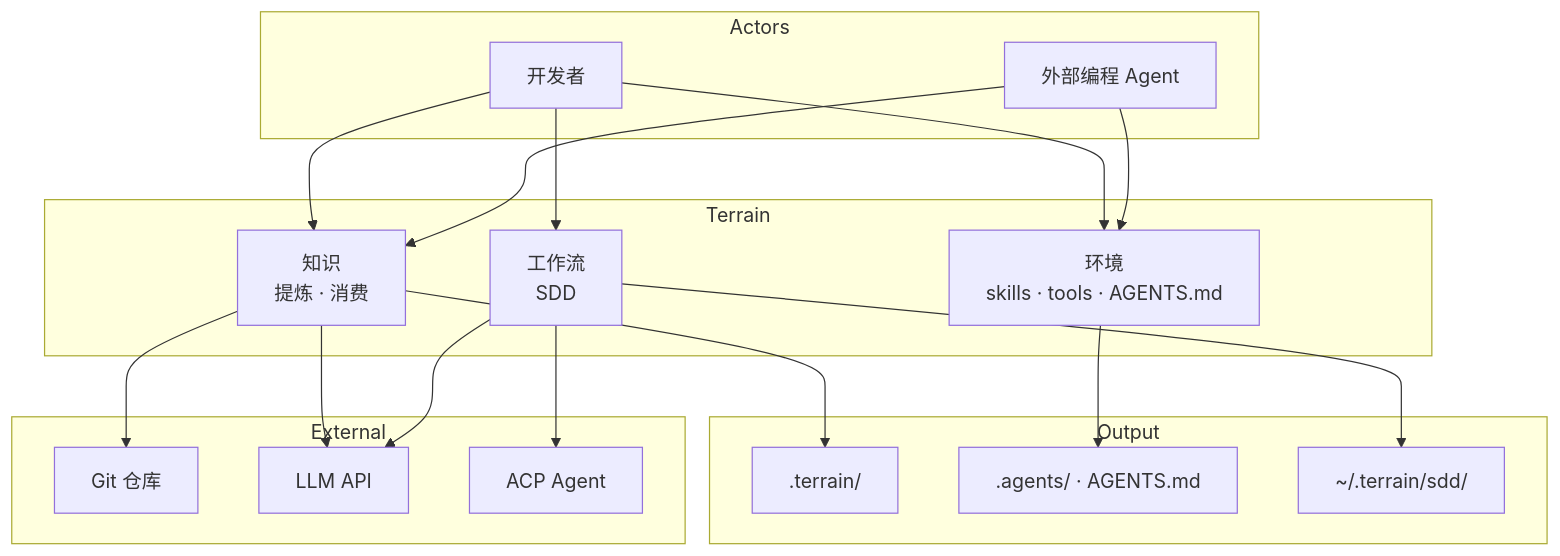
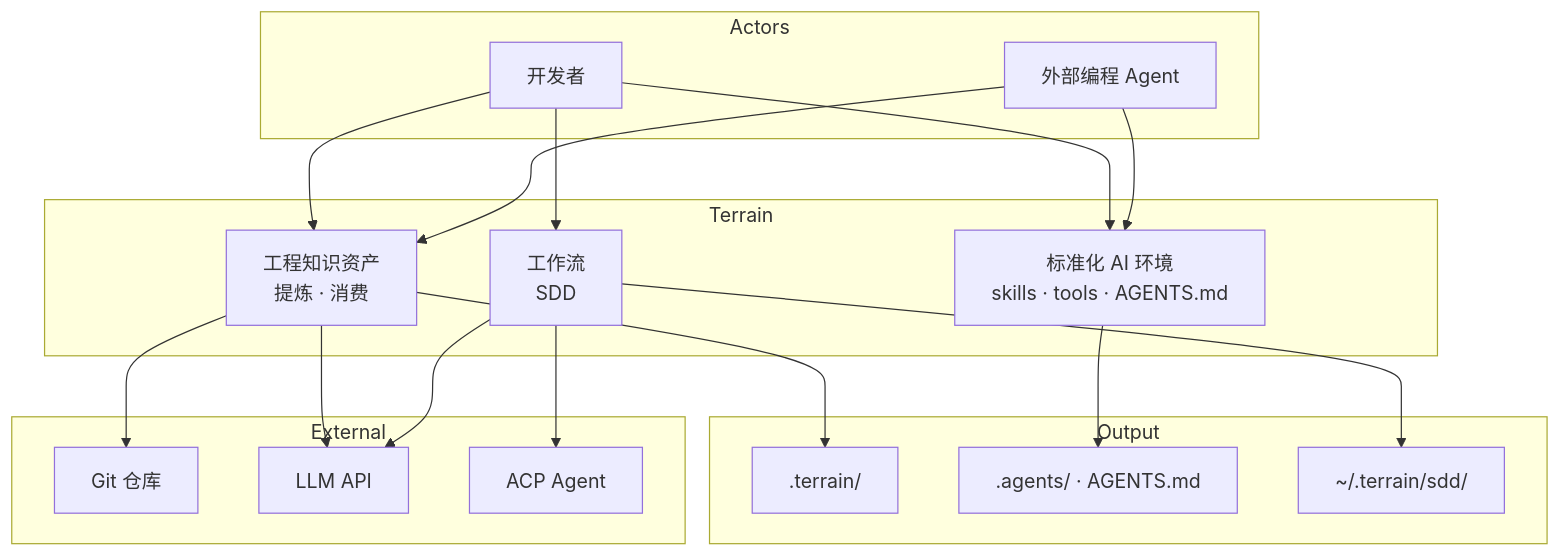
The first of 2 diagrams in README_zh.md (sopaco/terrain), drawn with Mermaid before and after one commit. The commit also changed other lines of this file, not shown here.

````diff
--- a/README_zh.md
+++ b/README_zh.md
@@ -133,38 +156,38 @@
 ```mermaid
 graph TB
     subgraph Actors
         Dev[开发者]
         ExtAgent[外部编程 Agent]
     end
 
     subgraph Terrain["Terrain"]
-        K["知识<br/>提炼 · 消费"]
-        E["环境<br/>skills · tools · AGENTS.md"]
+        K["工程知识资产<br/>提炼 · 消费"]
+        E["标准化 AI 环境<br/>skills · tools · AGENTS.md"]
         W["工作流<br/>SDD"]
     end
 
     subgraph Output
         DotTerrain[".terrain/"]
         EnvDot[".agents/ · AGENTS.md"]
         SddDir["~/.terrain/sdd/"]
     end
 
     subgraph External
         Git[Git 仓库]
         LLM[LLM API]
         ACP[ACP Agent]
     end
 
     Dev --> K
     Dev --> E
     Dev --> W
     ExtAgent --> K
     ExtAgent --> E
     K --> DotTerrain
     E --> EnvDot
     W --> SddDir
     K --> Git
     K --> LLM
     W --> ACP
     W --> LLM
 ```
````
